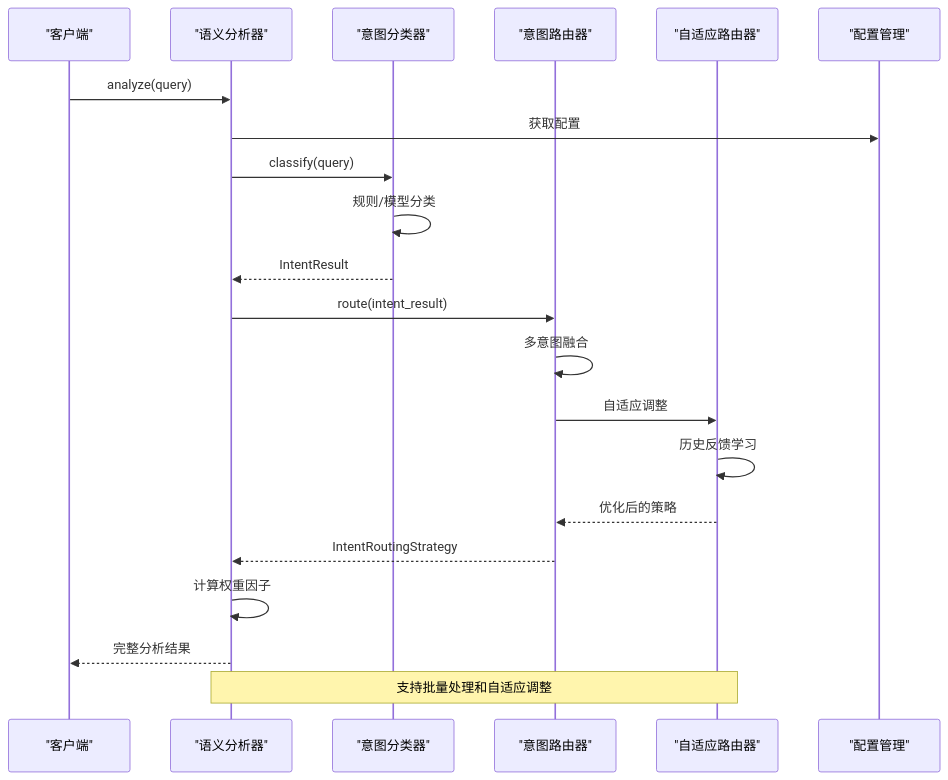
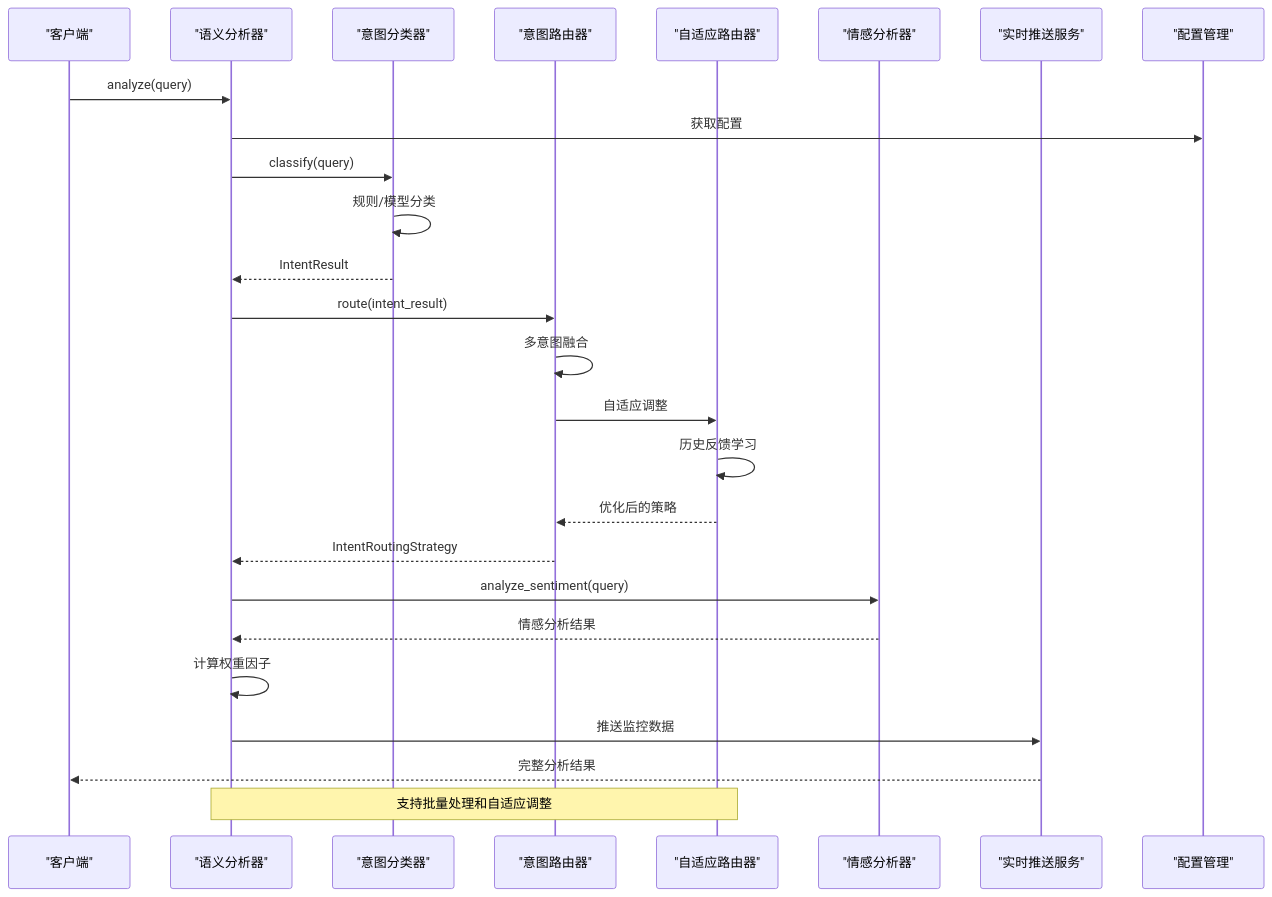
One commit to JieGaoPrinceton/NecoRAG changed the second of 20 diagrams in .qoder/repowiki/zh/content/意图分析系统.md. Above: the diagram before and after it, drawn with Mermaid. The commit also changed other lines of this file and 17 other files, not shown here.

````diff
--- a/.qoder/repowiki/zh/content/意图分析系统.md
+++ b/.qoder/repowiki/zh/content/意图分析系统.md
@@ -138,23 +161,28 @@
 ```mermaid
 sequenceDiagram
 participant Client as "客户端"
 participant Analyzer as "语义分析器"
 participant Classifier as "意图分类器"
 participant Router as "意图路由器"
 participant AdaptiveRouter as "自适应路由器"
+participant SentimentAnalyzer as "情感分析器"
+participant PushService as "实时推送服务"
 participant Config as "配置管理"
 Client->>Analyzer : analyze(query)
 Analyzer->>Config : 获取配置
 Analyzer->>Classifier : classify(query)
 Classifier->>Classifier : 规则/模型分类
 Classifier-->>Analyzer : IntentResult
 Analyzer->>Router : route(intent_result)
 Router->>Router : 多意图融合
 Router->>AdaptiveRouter : 自适应调整
 AdaptiveRouter->>AdaptiveRouter : 历史反馈学习
 AdaptiveRouter-->>Router : 优化后的策略
 Router-->>Analyzer : IntentRoutingStrategy
+Analyzer->>SentimentAnalyzer : analyze_sentiment(query)
+SentimentAnalyzer-->>Analyzer : 情感分析结果
 Analyzer->>Analyzer : 计算权重因子
-Analyzer-->>Client : 完整分析结果
+Analyzer->>PushService : 推送监控数据
+PushService-->>Client : 完整分析结果
 Note over Analyzer,AdaptiveRouter : 支持批量处理和自适应调整
 ```
````
